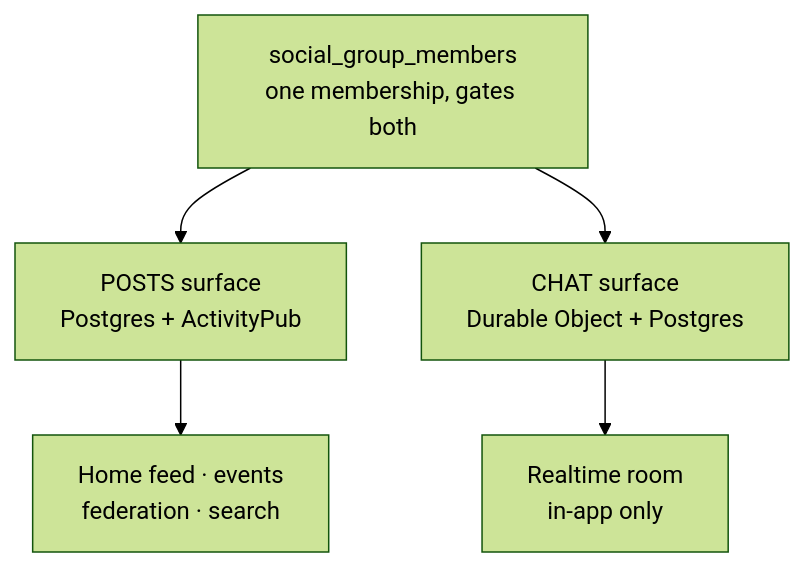
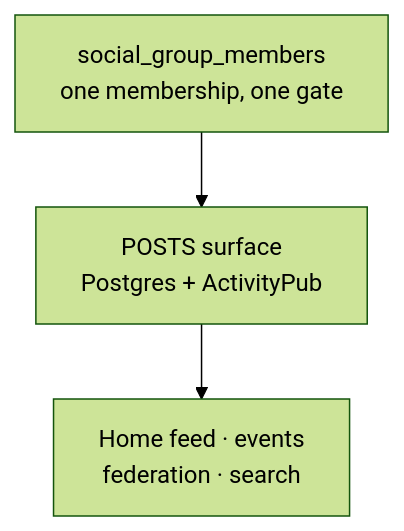
One commit to unitedcolorsofg/panamia-next changed the diagram in docs/GROUPS-ROADMAP.md. Above: the diagram before and after it, drawn with Mermaid (forest theme). The commit also changed other lines of this file and 6 other files, not shown here.

First line of the commit message:
refactor(social): split chat out of groups into its own roadmap

````diff
--- a/docs/GROUPS-ROADMAP.md
+++ b/docs/GROUPS-ROADMAP.md
@@ -162,8 +135,6 @@
 ```mermaid
 graph TB
-    M["social_group_members<br/>one membership, gates both"]
+    M["social_group_members<br/>one membership, one gate"]
     M --> P["POSTS surface<br/>Postgres + ActivityPub"]
-    M --> C["CHAT surface<br/>Durable Object + Postgres"]
     P --> F["Home feed · events<br/>federation · search"]
-    C --> R["Realtime room<br/>in-app only"]
 ```
````
